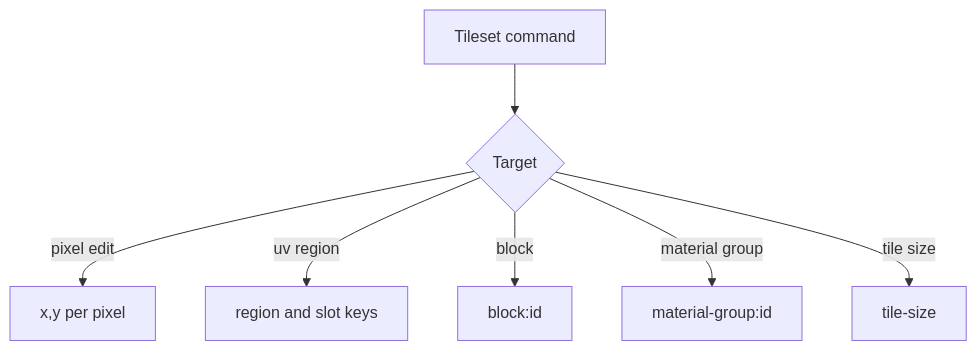
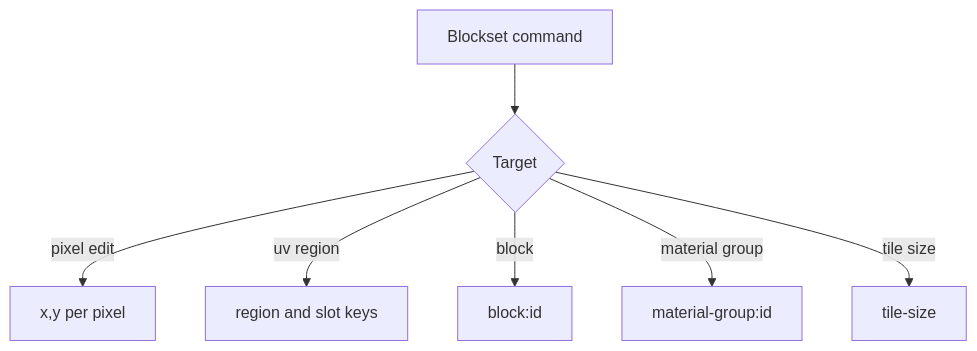
The fifth of 5 diagrams in packages/assets/voxel-map/ARCHITECTURE.md (JollyPixel/editor), drawn with Mermaid before and after one commit. The commit also changed other lines of this file and 382 other files, not shown here.

First line of the commit message:
Merge pull request #907 from JollyPixel/refactor-blockset

````diff
--- a/packages/assets/voxel-map/ARCHITECTURE.md
+++ b/packages/assets/voxel-map/ARCHITECTURE.md
@@ -54,9 +54,9 @@
 ```mermaid
 flowchart TB
-    TilesetCommand["Tileset command"] --> TilesetAction{"Target"}
-    TilesetAction -->|"pixel edit"| Pixel["x,y per pixel"]
-    TilesetAction -->|"uv region"| Region["region and slot keys"]
-    TilesetAction -->|"block"| Block["block:id"]
-    TilesetAction -->|"material group"| Group["material-group:id"]
-    TilesetAction -->|"tile size"| Size["tile-size"]
+    BlocksetCommand["Blockset command"] --> BlocksetAction{"Target"}
+    BlocksetAction -->|"pixel edit"| Pixel["x,y per pixel"]
+    BlocksetAction -->|"uv region"| Region["region and slot keys"]
+    BlocksetAction -->|"block"| Block["block:id"]
+    BlocksetAction -->|"material group"| Group["material-group:id"]
+    BlocksetAction -->|"tile size"| Size["tile-size"]
 ```
````
